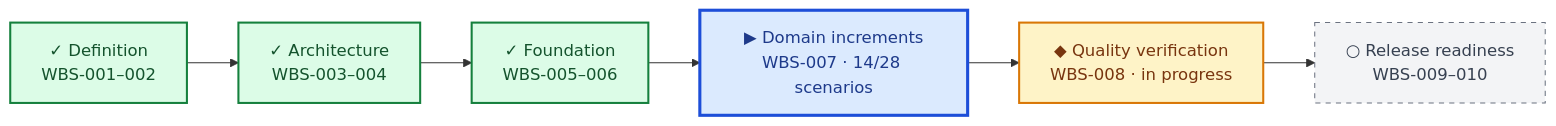
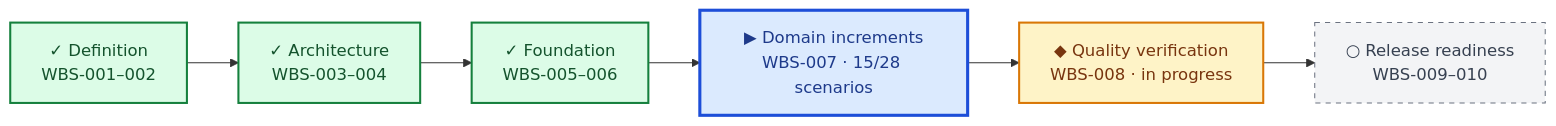
One commit to stoarch/testA2 changed the diagram in DASHBOARD/PROGRESS.md. Above: the diagram before and after it, drawn with Mermaid. The commit also changed other lines of this file and 19 other files, not shown here.

````diff
--- a/DASHBOARD/PROGRESS.md
+++ b/DASHBOARD/PROGRESS.md
@@ -7,17 +7,17 @@
 ```mermaid
 flowchart LR
     M1["✓ Definition<br/>WBS-001–002"] --> M2["✓ Architecture<br/>WBS-003–004"]
     M2 --> M3["✓ Foundation<br/>WBS-005–006"]
-    M3 --> M4["▶ Domain increments<br/>WBS-007 · 14/28 scenarios"]
+    M3 --> M4["▶ Domain increments<br/>WBS-007 · 15/28 scenarios"]
     M4 --> M5["◆ Quality verification<br/>WBS-008 · in progress"]
     M5 --> M6["○ Release readiness<br/>WBS-009–010"]
 
     classDef done fill:#dcfce7,stroke:#15803d,color:#14532d,stroke-width:2px;
     classDef active fill:#dbeafe,stroke:#1d4ed8,color:#1e3a8a,stroke-width:3px;
     classDef parallel fill:#fef3c7,stroke:#d97706,color:#78350f,stroke-width:2px;
     classDef planned fill:#f3f4f6,stroke:#6b7280,color:#374151,stroke-dasharray:5 5;
     class M1,M2,M3 done;
     class M4 active;
     class M5 parallel;
     class M6 planned;
 ```
````
